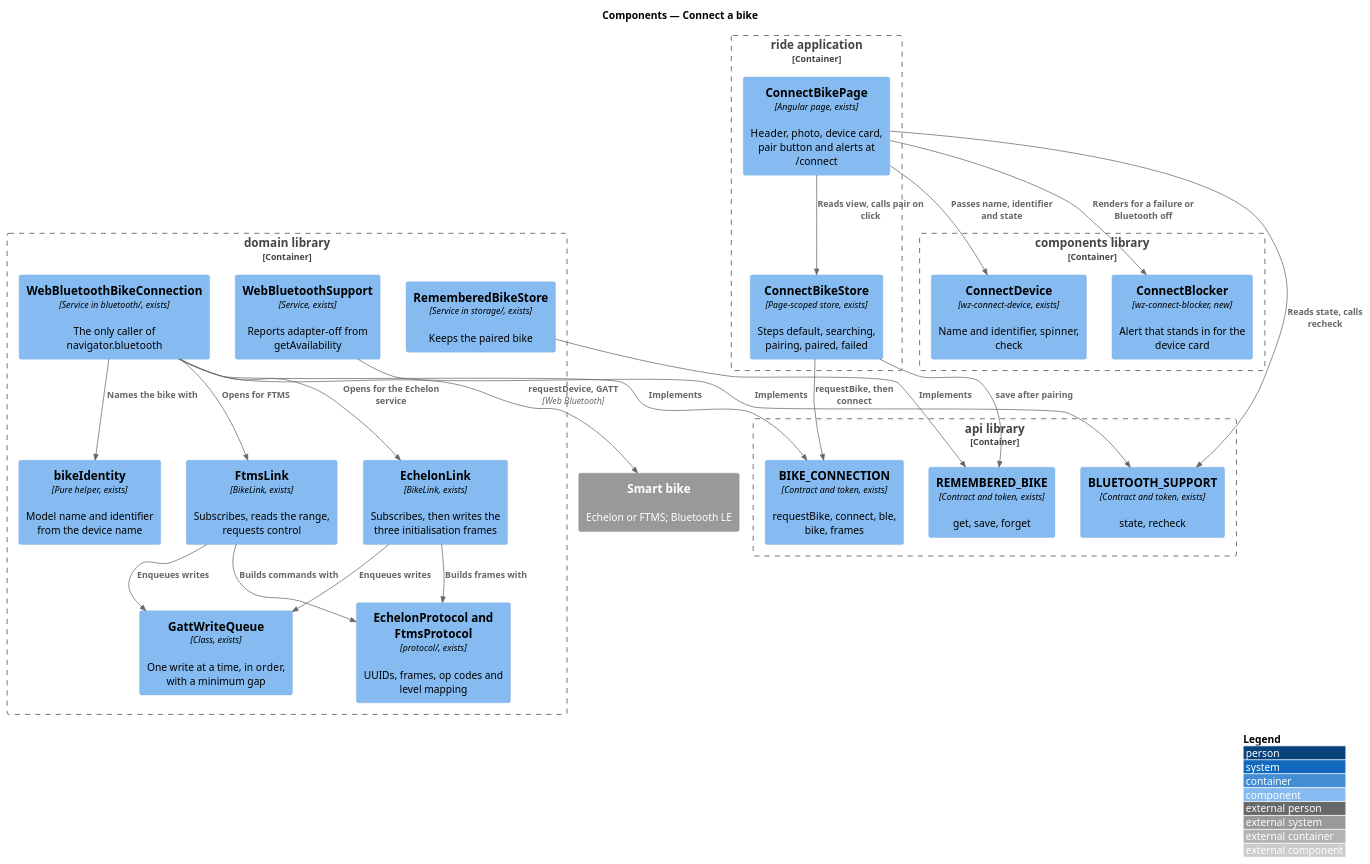
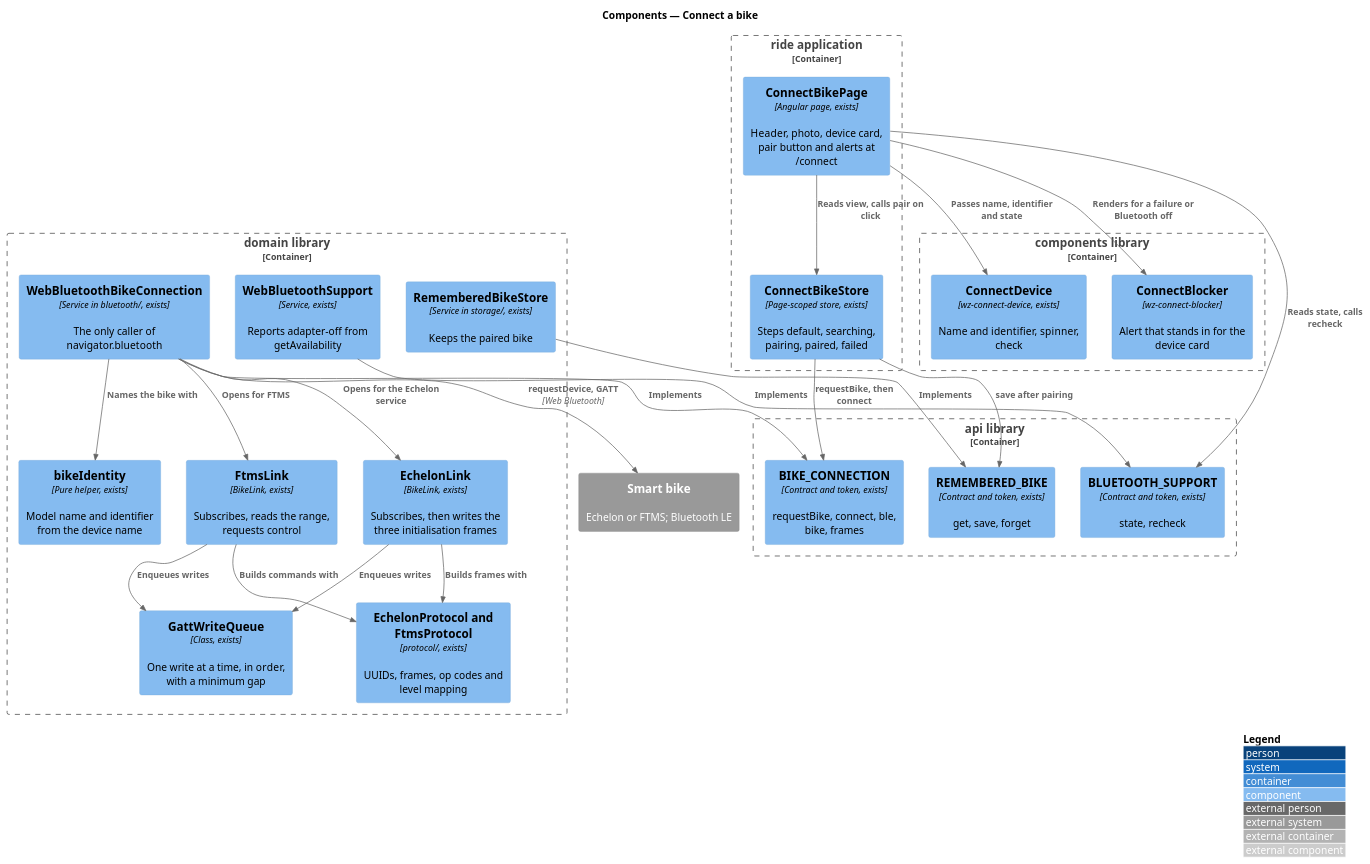
One commit to QuinntyneBrown/ride-one changed the diagram in docs/detailed-designs/bike/connect-a-bike/diagrams/c4-component.puml. Above: the diagram before and after it, drawn with PlantUML. The commit also changed 67 other files, not shown here.

```diff
--- a/docs/detailed-designs/bike/connect-a-bike/diagrams/c4-component.puml
+++ b/docs/detailed-designs/bike/connect-a-bike/diagrams/c4-component.puml
@@ -1,48 +1,48 @@
 @startuml
 !include <C4/C4_Component>
 LAYOUT_WITH_LEGEND()
 title Components — Connect a bike
 
 System_Ext(bike, "Smart bike", "Echelon or FTMS; Bluetooth LE")
 Container_Boundary(ride, "ride application") {
   Component(page, "ConnectBikePage", "Angular page, exists", "Header, photo, device card, pair button and alerts at /connect")
   Component(store, "ConnectBikeStore", "Page-scoped store, exists", "Steps default, searching, pairing, paired, failed")
 }
 Container_Boundary(components, "components library") {
   Component(device, "ConnectDevice", "wz-connect-device, exists", "Name and identifier, spinner, check")
-  Component(blocker, "ConnectBlocker", "wz-connect-blocker, new", "Alert that stands in for the device card")
+  Component(blocker, "ConnectBlocker", "wz-connect-blocker", "Alert that stands in for the device card")
 }
 Container_Boundary(domain, "domain library") {
   Component(conn, "WebBluetoothBikeConnection", "Service in bluetooth/, exists", "The only caller of navigator.bluetooth")
   Component(echelon, "EchelonLink", "BikeLink, exists", "Subscribes, then writes the three initialisation frames")
   Component(ftms, "FtmsLink", "BikeLink, exists", "Subscribes, reads the range, requests control")
   Component(queue, "GattWriteQueue", "Class, exists", "One write at a time, in order, with a minimum gap")
   Component(proto, "EchelonProtocol and FtmsProtocol", "protocol/, exists", "UUIDs, frames, op codes and level mapping")
   Component(identity, "bikeIdentity", "Pure helper, exists", "Model name and identifier from the device name")
   Component(supp, "WebBluetoothSupport", "Service, exists", "Reports adapter-off from getAvailability")
   Component(rememberStore, "RememberedBikeStore", "Service in storage/, exists", "Keeps the paired bike")
 }
 Container_Boundary(api, "api library") {
   Component(token, "BIKE_CONNECTION", "Contract and token, exists", "requestBike, connect, ble, bike, frames")
   Component(remToken, "REMEMBERED_BIKE", "Contract and token, exists", "get, save, forget")
   Component(supToken, "BLUETOOTH_SUPPORT", "Contract and token, exists", "state, recheck")
 }
 
 Rel(page, store, "Reads view, calls pair on click")
 Rel(page, device, "Passes name, identifier and state")
 Rel(page, blocker, "Renders for a failure or Bluetooth off")
 Rel(page, supToken, "Reads state, calls recheck")
 Rel(store, token, "requestBike, then connect")
 Rel(store, remToken, "save after pairing")
 Rel(conn, token, "Implements")
 Rel(rememberStore, remToken, "Implements")
 Rel(supp, supToken, "Implements")
 Rel(conn, echelon, "Opens for the Echelon service")
 Rel(conn, ftms, "Opens for FTMS")
 Rel(conn, identity, "Names the bike with")
 Rel(echelon, queue, "Enqueues writes")
 Rel(ftms, queue, "Enqueues writes")
 Rel(echelon, proto, "Builds frames with")
 Rel(ftms, proto, "Builds commands with")
 Rel(conn, bike, "requestDevice, GATT", "Web Bluetooth")
 @enduml
```
